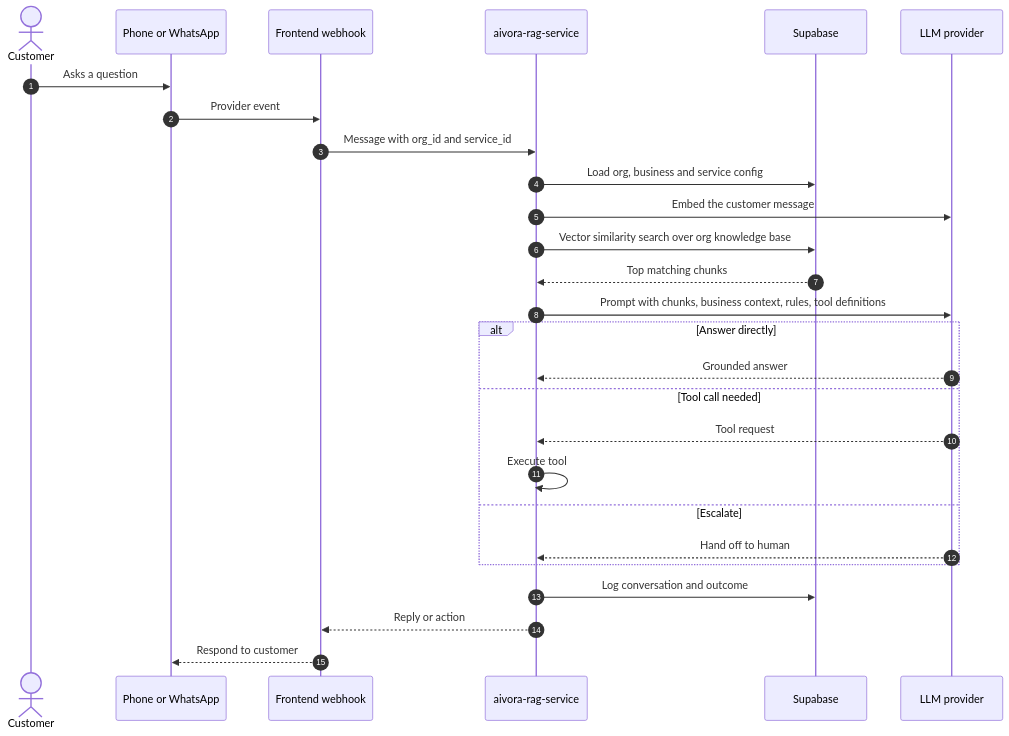
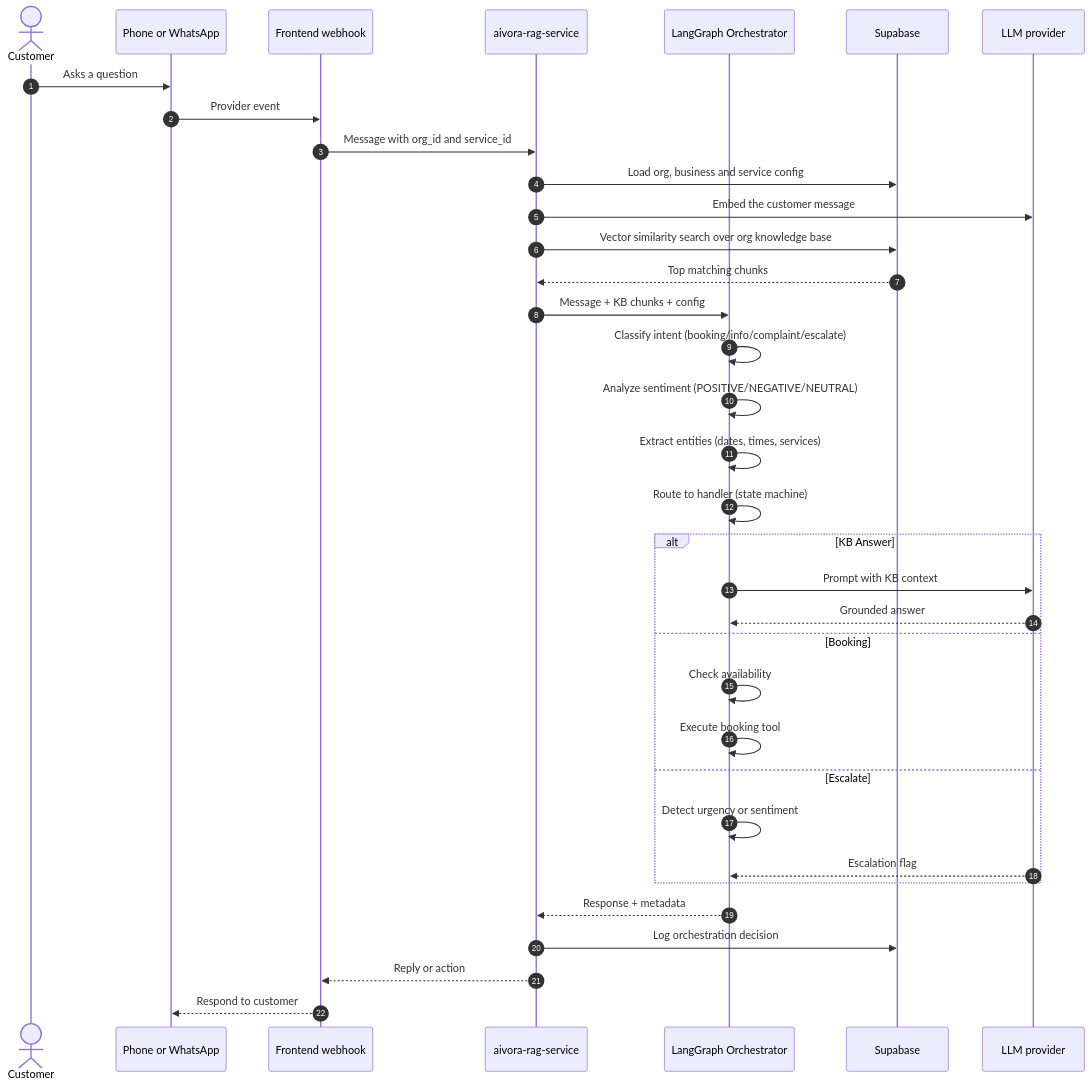
The fourth of 10 diagrams in README.md (DhairyaDxt/Aivora), drawn with Mermaid before and after one commit. The commit also changed other lines of this file and 29 other files, not shown here.

````diff
--- a/README.md
+++ b/README.md
@@ -146,30 +148,38 @@
 ```mermaid
 sequenceDiagram
   autonumber
   actor C as Customer
   participant CH as Phone or WhatsApp
   participant FE as Frontend webhook
   participant RAG as aivora-rag-service
+  participant LG as LangGraph Orchestrator
   participant DB as Supabase
   participant LLM as LLM provider
 
   C->>CH: Asks a question
   CH->>FE: Provider event
   FE->>RAG: Message with org_id and service_id
   RAG->>DB: Load org, business and service config
   RAG->>LLM: Embed the customer message
   RAG->>DB: Vector similarity search over org knowledge base
   DB-->>RAG: Top matching chunks
-  RAG->>LLM: Prompt with chunks, business context, rules, tool definitions
-  alt Answer directly
-    LLM-->>RAG: Grounded answer
-  else Tool call needed
-    LLM-->>RAG: Tool request
-    RAG->>RAG: Execute tool
+  RAG->>LG: Message + KB chunks + config
+  LG->>LG: Classify intent (booking/info/complaint/escalate)
+  LG->>LG: Analyze sentiment (POSITIVE/NEGATIVE/NEUTRAL)
+  LG->>LG: Extract entities (dates, times, services)
+  LG->>LG: Route to handler (state machine)
+  alt KB Answer
+    LG->>LLM: Prompt with KB context
+    LLM-->>LG: Grounded answer
+  else Booking
+    LG->>LG: Check availability
+    LG->>LG: Execute booking tool
   else Escalate
-    LLM-->>RAG: Hand off to human
+    LG->>LG: Detect urgency or sentiment
+    LLM-->>LG: Escalation flag
   end
-  RAG->>DB: Log conversation and outcome
+  LG-->>RAG: Response + metadata
+  RAG->>DB: Log orchestration decision
   RAG-->>FE: Reply or action
   FE-->>CH: Respond to customer
 ```
````
